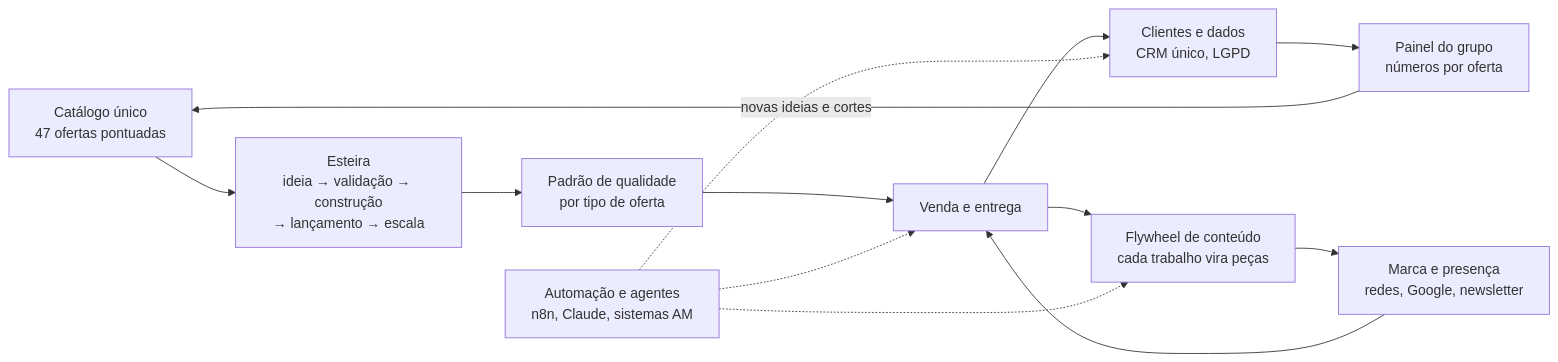
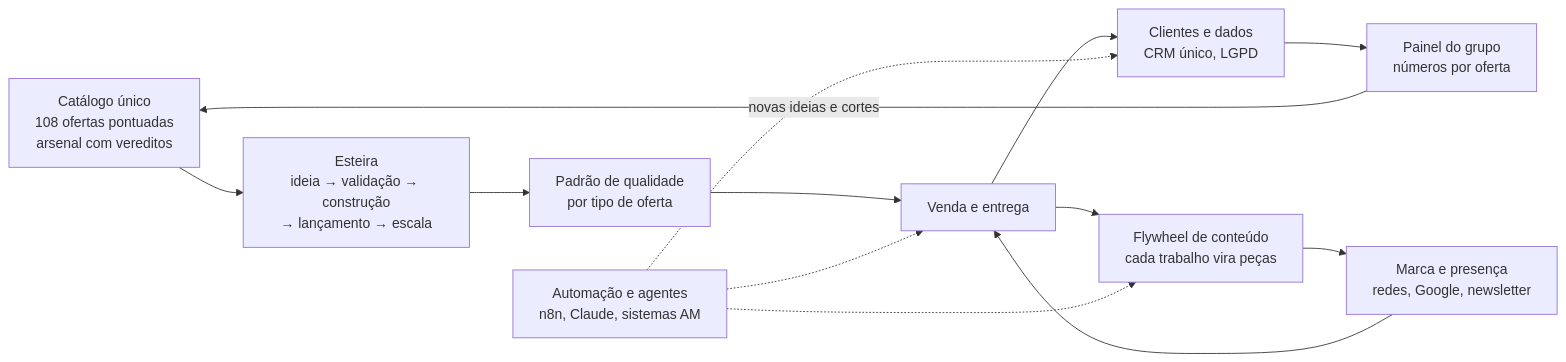
Before and after one commit to AlanMateus17/Portfolio-AMS-Obsidian-Vault: the diagram in 11-setup-dev-setup/docs/operacao/README.md, drawn with Mermaid. The commit also changed other lines of this file and 316 other files, not shown here.

````diff
--- a/11-setup-dev-setup/docs/operacao/README.md
+++ b/11-setup-dev-setup/docs/operacao/README.md
@@ -11,15 +11,15 @@
 ```mermaid
 flowchart LR
-  C["Catálogo único<br/>47 ofertas pontuadas"] --> E["Esteira<br/>ideia → validação → construção<br/>→ lançamento → escala"]
+  C["Catálogo único<br/>108 ofertas pontuadas<br/>arsenal com vereditos"] --> E["Esteira<br/>ideia → validação → construção<br/>→ lançamento → escala"]
   E --> Q["Padrão de qualidade<br/>por tipo de oferta"]
   Q --> V["Venda e entrega"]
   V --> D["Clientes e dados<br/>CRM único, LGPD"]
   V --> F["Flywheel de conteúdo<br/>cada trabalho vira peças"]
   F --> M["Marca e presença<br/>redes, Google, newsletter"]
   M --> V
   D --> P["Painel do grupo<br/>números por oferta"]
   P -->|"novas ideias e cortes"| C
   A["Automação e agentes<br/>n8n, Claude, sistemas AM"] -.-> V
   A -.-> F
   A -.-> D
 ```
````
